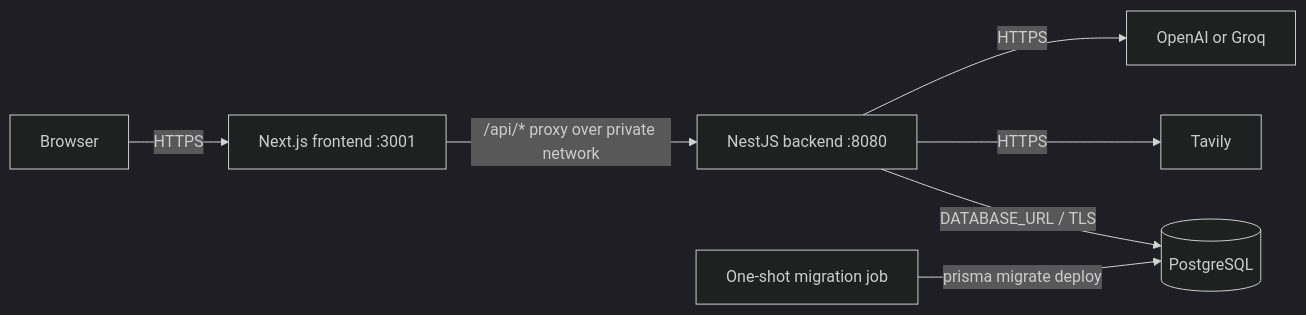
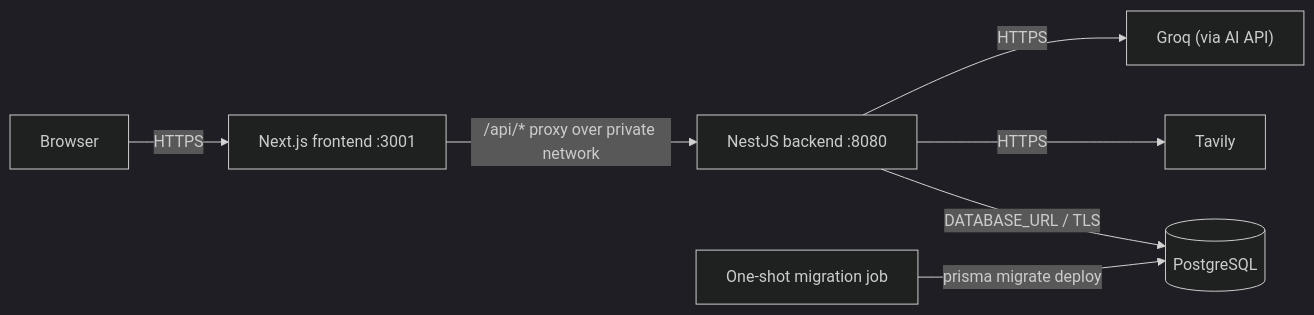
Before and after one commit to Kashif-Rezwi/perplexity: the diagram in _docs/DEPLOYMENT.md, drawn with Mermaid (dark theme). The commit also changed other lines of this file and 6 other files, not shown here.

Commit message:
docs: update architecture, deployment, and specs for Groq AI provider - Update architecture diagrams and data-flow descriptions - Revise tech stack and API documentation to reflect Groq integration - Update deployment guidelines and environment variable references

````diff
--- a/_docs/DEPLOYMENT.md
+++ b/_docs/DEPLOYMENT.md
@@ -25,9 +25,9 @@
 ```mermaid
 flowchart LR
     U["Browser"] -->|"HTTPS"| F["Next.js frontend :3001"]
     F -->|"/api/* proxy over private network"| B["NestJS backend :8080"]
     B -->|"DATABASE_URL / TLS"| D[("PostgreSQL")]
     B -->|"HTTPS"| T["Tavily"]
-    B -->|"HTTPS"| A["OpenAI or Groq"]
+    B -->|"HTTPS"| A["Groq (via AI API)"]
     M["One-shot migration job"] -->|"prisma migrate deploy"| D
 ```
````
